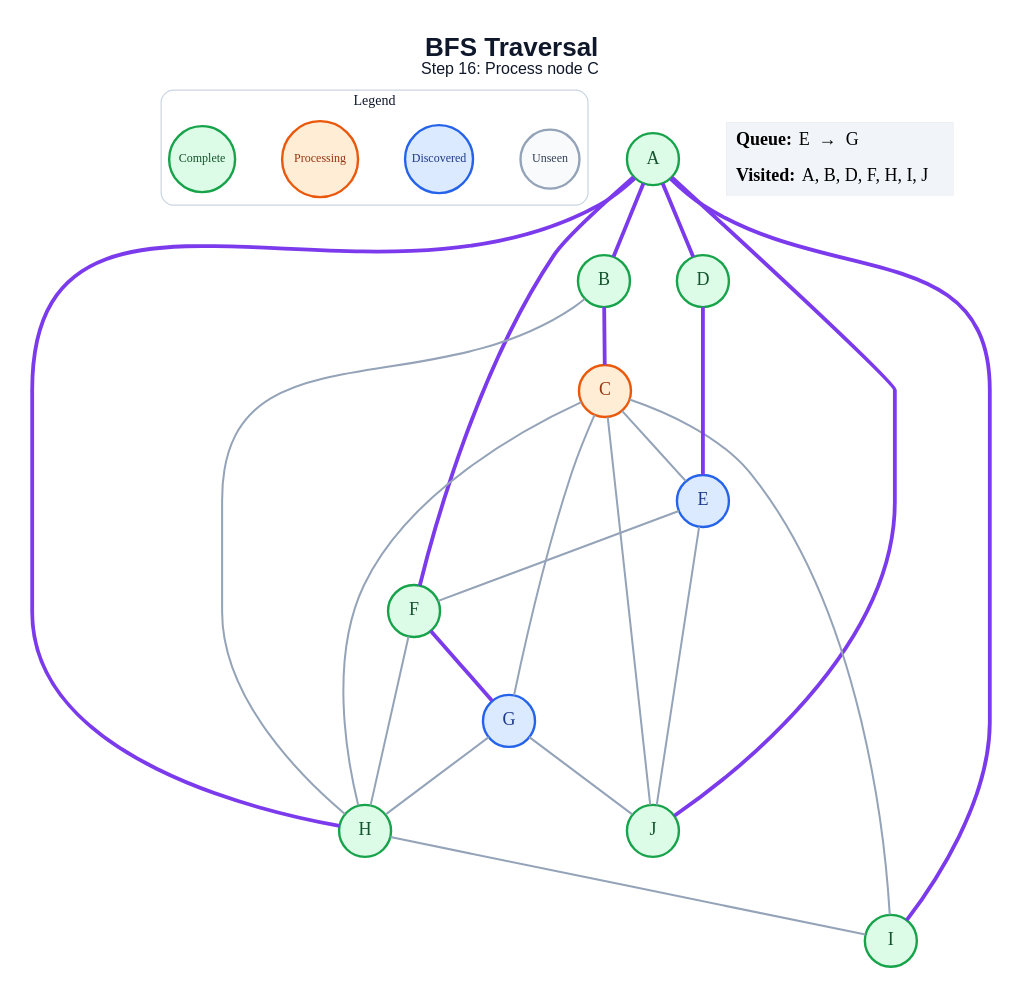
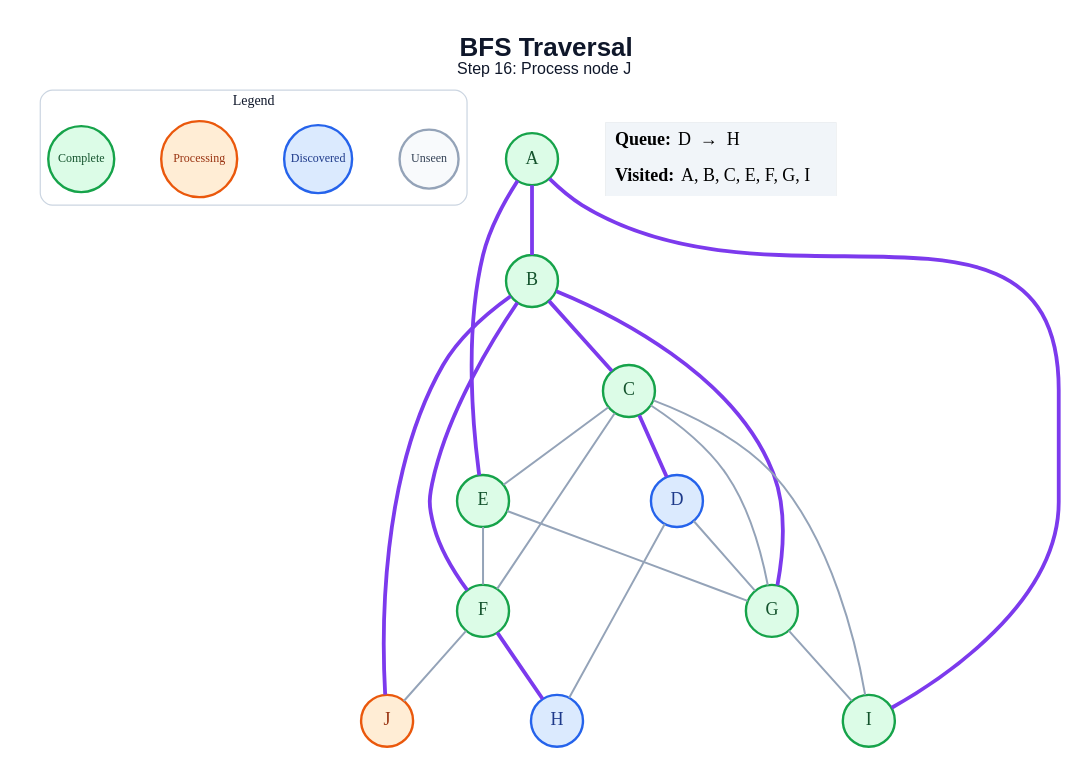
Before and after one commit to amanghodawala9/ai-slop: the diagram in generated/bfs/step_16.dot, drawn with Graphviz. The commit also changed 178 other files, not shown here.

```diff
--- a/generated/bfs/step_16.dot
+++ b/generated/bfs/step_16.dot
@@ -1,50 +1,48 @@
 graph traversal {
   graph [layout=dot, rankdir=TB, bgcolor="#FFFFFF", pad="0.35", nodesep="0.65", ranksep="0.8", fontname="Arial"];
   node [shape=circle, style="filled", fontname="Arial Bold", fontsize=18, width=0.72, fixedsize=true, penwidth=2.4];
   edge [color="#94A3B8", penwidth=2.0];
-  label=<<B>BFS Traversal</B><BR/><FONT POINT-SIZE="16">Step 16: Process node C</FONT>>; labelloc="t"; fontsize=26; fontname="Arial"; fontcolor="#0F172A";
+  label=<<B>BFS Traversal</B><BR/><FONT POINT-SIZE="16">Step 16: Process node J</FONT>>; labelloc="t"; fontsize=26; fontname="Arial"; fontcolor="#0F172A";
   subgraph cluster_legend { label="Legend"; color="#CBD5E1"; penwidth=1.2; style="rounded"; fontsize=14; fontname="Arial Bold";
     key_unseen [label="Unseen", fillcolor="#F8FAFC", color="#94A3B8", fontcolor="#334155", fontsize=12, width=0.82];
     key_frontier [label="Discovered", fillcolor="#DBEAFE", color="#2563EB", fontcolor="#1E3A8A", fontsize=12, width=0.95];
     key_current [label="Processing", fillcolor="#FFEDD5", color="#EA580C", fontcolor="#9A3412", fontsize=12, width=1.05];
     key_done [label="Complete", fillcolor="#DCFCE7", color="#16A34A", fontcolor="#14532D", fontsize=12, width=0.92];
     { rank=same; key_unseen; key_frontier; key_current; key_done; }
   }
   A [fillcolor="#DCFCE7", color="#16A34A", fontcolor="#14532D"];
   B [fillcolor="#DCFCE7", color="#16A34A", fontcolor="#14532D"];
-  C [fillcolor="#FFEDD5", color="#EA580C", fontcolor="#9A3412"];
-  D [fillcolor="#DCFCE7", color="#16A34A", fontcolor="#14532D"];
-  E [fillcolor="#DBEAFE", color="#2563EB", fontcolor="#1E3A8A"];
+  C [fillcolor="#DCFCE7", color="#16A34A", fontcolor="#14532D"];
+  D [fillcolor="#DBEAFE", color="#2563EB", fontcolor="#1E3A8A"];
+  E [fillcolor="#DCFCE7", color="#16A34A", fontcolor="#14532D"];
   F [fillcolor="#DCFCE7", color="#16A34A", fontcolor="#14532D"];
-  G [fillcolor="#DBEAFE", color="#2563EB", fontcolor="#1E3A8A"];
-  H [fillcolor="#DCFCE7", color="#16A34A", fontcolor="#14532D"];
+  G [fillcolor="#DCFCE7", color="#16A34A", fontcolor="#14532D"];
+  H [fillcolor="#DBEAFE", color="#2563EB", fontcolor="#1E3A8A"];
   I [fillcolor="#DCFCE7", color="#16A34A", fontcolor="#14532D"];
-  J [fillcolor="#DCFCE7", color="#16A34A", fontcolor="#14532D"];
+  J [fillcolor="#FFEDD5", color="#EA580C", fontcolor="#9A3412"];
   A -- B [color="#7C3AED", penwidth=3.8];
-  A -- D [color="#7C3AED", penwidth=3.8];
-  A -- F [color="#7C3AED", penwidth=3.8];
-  A -- H [color="#7C3AED", penwidth=3.8];
+  A -- E [color="#7C3AED", penwidth=3.8];
   A -- I [color="#7C3AED", penwidth=3.8];
-  A -- J [color="#7C3AED", penwidth=3.8];
   B -- C [color="#7C3AED", penwidth=3.8];
-  B -- H;
+  B -- F [color="#7C3AED", penwidth=3.8];
+  B -- G [color="#7C3AED", penwidth=3.8];
+  B -- J [color="#7C3AED", penwidth=3.8];
+  C -- D [color="#7C3AED", penwidth=3.8];
   C -- E;
+  C -- F;
   C -- G;
-  C -- H;
   C -- I;
-  C -- J;
-  D -- E [color="#7C3AED", penwidth=3.8];
+  D -- G;
+  D -- H;
   E -- F;
-  E -- J;
-  F -- G [color="#7C3AED", penwidth=3.8];
-  F -- H;
-  G -- H;
-  G -- J;
-  H -- I;
+  E -- G;
+  F -- H [color="#7C3AED", penwidth=3.8];
+  F -- J;
+  G -- I;
   status [shape=plain, fixedsize=false, width=0, height=0, margin=0, label=<
     <TABLE BORDER="0" CELLBORDER="0" CELLPADDING="7" BGCOLOR="#F1F5F9">
-      <TR><TD ALIGN="LEFT"><B>Queue:</B> E  →  G</TD></TR>
-      <TR><TD ALIGN="LEFT"><B>Visited:</B> A, B, D, F, H, I, J</TD></TR>
+      <TR><TD ALIGN="LEFT"><B>Queue:</B> D  →  H</TD></TR>
+      <TR><TD ALIGN="LEFT"><B>Visited:</B> A, B, C, E, F, G, I</TD></TR>
     </TABLE>
   >];
 }
```
